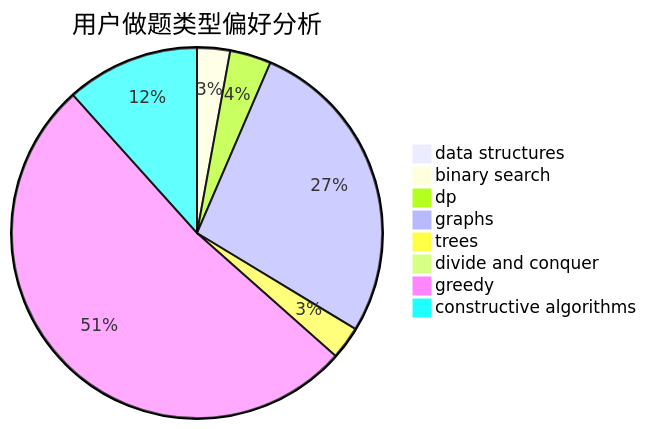
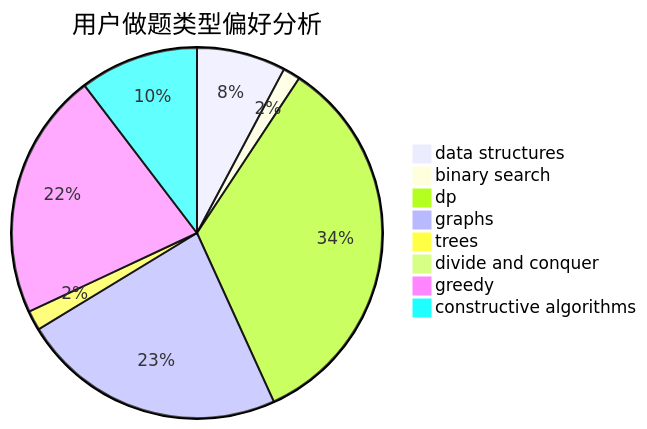
One commit to sherpahu/cfrs.github.io changed the second of 3 diagrams in docs/user/u400.md. Above: the diagram before and after it, drawn with Mermaid. The commit also changed other lines of this file and 2770 other files, not shown here.

````diff
--- a/docs/user/u400.md
+++ b/docs/user/u400.md
@@ -23,11 +23,11 @@
 ```mermaid
 pie title 用户做题类型偏好分析
-    "data structures" :  6
-    "binary search" :  20
-    "dp" :  25
-    "graphs" :  189
-    "trees" :  20
-    "divide and conquer" :  0
-    "greedy" :  360
-    "constructive algorithms" :  81
+    "data structures" :  72
+    "binary search" :  14
+    "dp" :  314
+    "graphs" :  214
+    "trees" :  16
+    "divide and conquer" :  2
+    "greedy" :  200
+    "constructive algorithms" :  96
 ```
````
